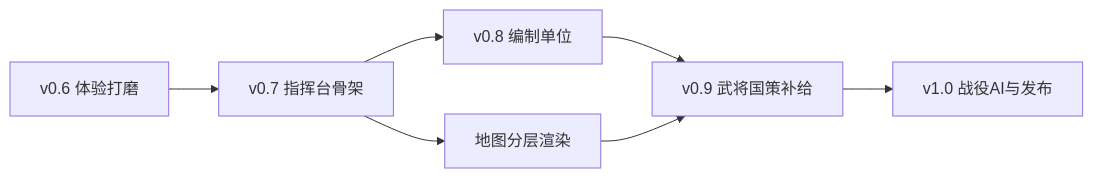
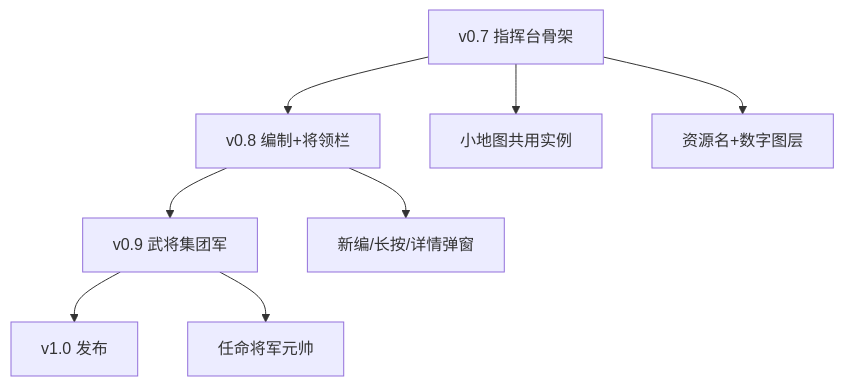
The diagram in docs/UPDATE_PLAN_V07.md (jk9988610/Hearts-of-Heroes), drawn with Mermaid before and after one commit. The commit also changed other lines of this file and 1 other file, not shown here.

````diff
--- a/docs/UPDATE_PLAN_V07.md
+++ b/docs/UPDATE_PLAN_V07.md
@@ -230,9 +350,14 @@
 ```mermaid
-flowchart LR
-  v06[v0.6 体验打磨] --> v07[v0.7 指挥台骨架]
-  v07 --> v08[v0.8 编制单位]
-  v08 --> v09[v0.9 武将国策补给]
-  v09 --> v10[v1.0 战役AI与发布]
-  v07 --> layers[地图分层渲染]
-  layers --> v09
+flowchart TB
+  v07[v0.7 指挥台骨架]
+  v08[v0.8 编制+将领栏]
+  v09[v0.9 武将集团军]
+  v10[v1.0 发布]
+  v07 --> v08
+  v08 --> v09
+  v09 --> v10
+  v07 --> minimap[小地图共用实例]
+  v07 --> layers[资源名+数字图层]
+  v08 --> corpsUI[新编/长按/详情弹窗]
+  v09 --> appoint[任命将军元帅]
 ```
````
